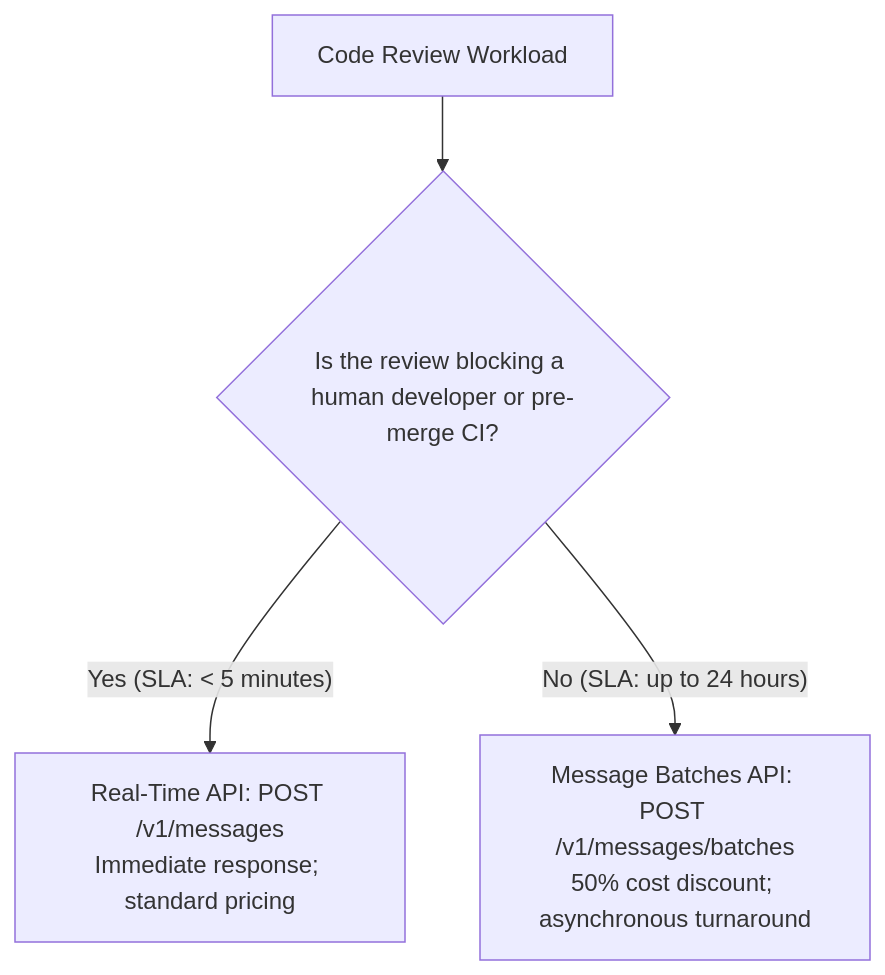
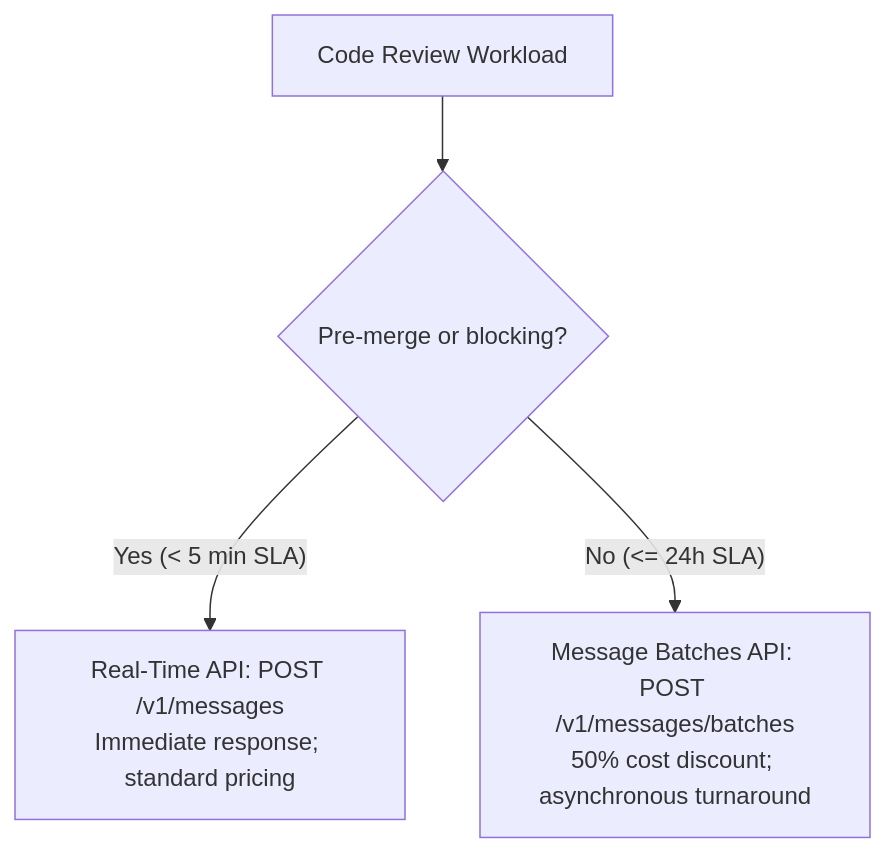
One commit to dip4k/claude_cert_architect_foundation_prep changed the second of 4 diagrams in scenarios/scenario_5_continuous_integration/SCENARIO_GUIDE.md. Above: the diagram before and after it, drawn with Mermaid. The commit also changed other lines of this file and 30 other files, not shown here.

Commit message:
docs: enhance domain and scenario guides with exam rules, golden rules, and simplified GitHub mermaid diagrams

````diff
--- a/scenarios/scenario_5_continuous_integration/SCENARIO_GUIDE.md
+++ b/scenarios/scenario_5_continuous_integration/SCENARIO_GUIDE.md
@@ -49,8 +98,7 @@
 ```mermaid
 flowchart TD
-    Task["Code Review Workload"] --> LatencyCheck{"Is the review blocking a human developer or pre-merge CI?"}
+    Task["Code Review Workload"] --> LatencyCheck{"Pre-merge or blocking?"}
     
-    LatencyCheck -- "Yes (SLA: < 5 minutes)" --> RealTime["Real-Time API: POST /v1/messages<br/>Immediate response; standard pricing"]
-    
-    LatencyCheck -- "No (SLA: up to 24 hours)" --> BatchAPI["Message Batches API: POST /v1/messages/batches<br/>50% cost discount; asynchronous turnaround"]
+    LatencyCheck -- "Yes (< 5 min SLA)" --> RealTime["Real-Time API: POST /v1/messages<br/>Immediate response; standard pricing"]
+    LatencyCheck -- "No (<= 24h SLA)" --> BatchAPI["Message Batches API: POST /v1/messages/batches<br/>50% cost discount; asynchronous turnaround"]
 ```
````
